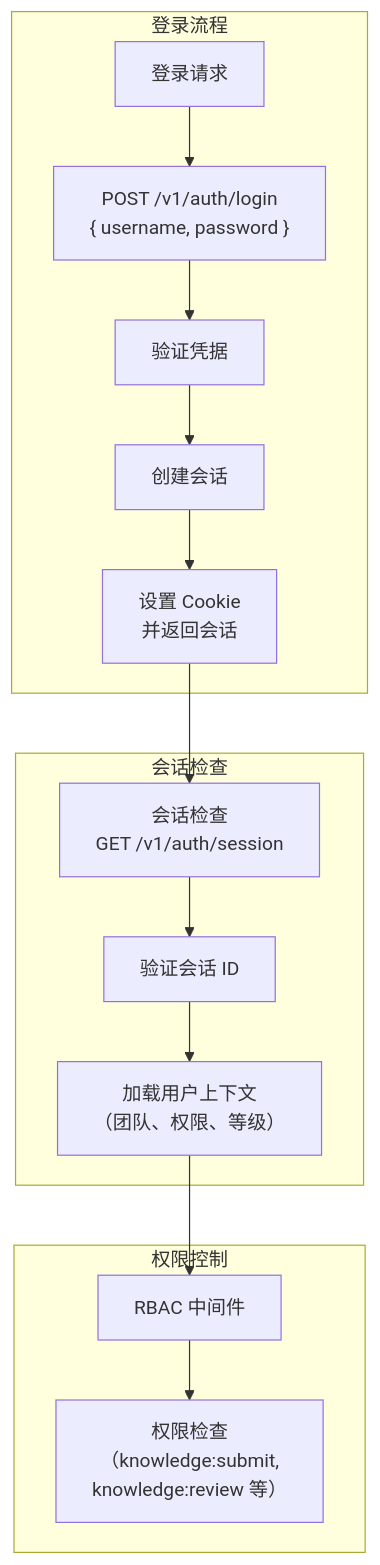
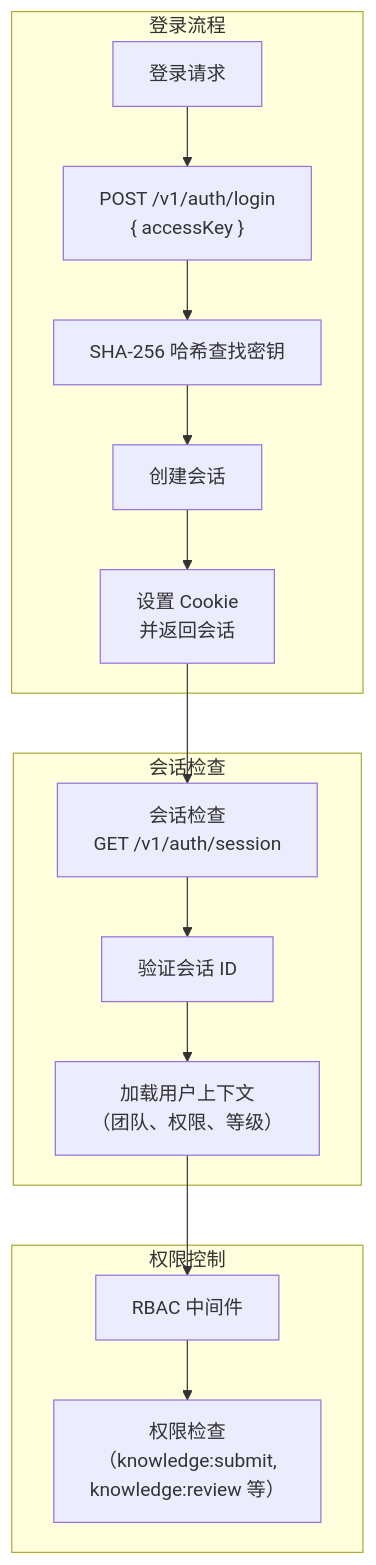
The seventh of 8 diagrams in docs/architecture/ARCHITECTURE.md (pofossette/TrapMap-for-vibing), drawn with Mermaid before and after one commit. The commit also changed other lines of this file and 18 other files, not shown here.

````diff
--- a/docs/architecture/ARCHITECTURE.md
+++ b/docs/architecture/ARCHITECTURE.md
@@ -349,32 +349,32 @@
 ```mermaid
 flowchart TB
     subgraph 登录流程["登录流程"]
         登录请求["登录请求"]
-        登录接口["POST /v1/auth/login\n{ username, password }"]
-        验证凭据["验证凭据"]
+        登录接口["POST /v1/auth/login\n{ accessKey }"]
+        验证凭据["SHA-256 哈希查找密钥"]
         创建会话["创建会话"]
         设置Cookie["设置 Cookie\n并返回会话"]
     end
     
     subgraph 会话检查["会话检查"]
         会话检查节点["会话检查\nGET /v1/auth/session"]
         验证会话["验证会话 ID"]
         加载上下文["加载用户上下文\n（团队、权限、等级）"]
     end
     
     subgraph 权限控制["权限控制"]
         RBAC中间件["RBAC 中间件"]
         权限检查["权限检查\n（knowledge:submit,\nknowledge:review 等）"]
     end
 
     登录请求 --> 登录接口
     登录接口 --> 验证凭据
     验证凭据 --> 创建会话
     创建会话 --> 设置Cookie
     
     设置Cookie --> 会话检查节点
     会话检查节点 --> 验证会话
     验证会话 --> 加载上下文
     加载上下文 --> RBAC中间件
     RBAC中间件 --> 权限检查
 ```
````
